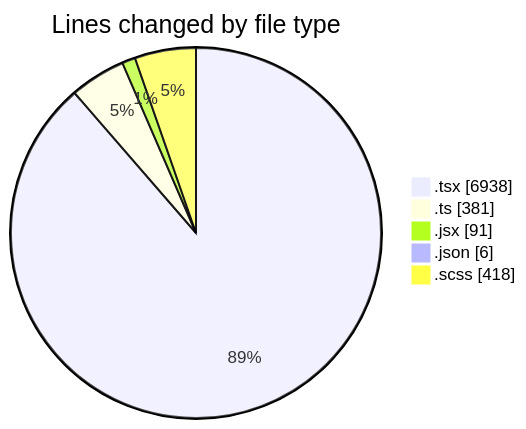
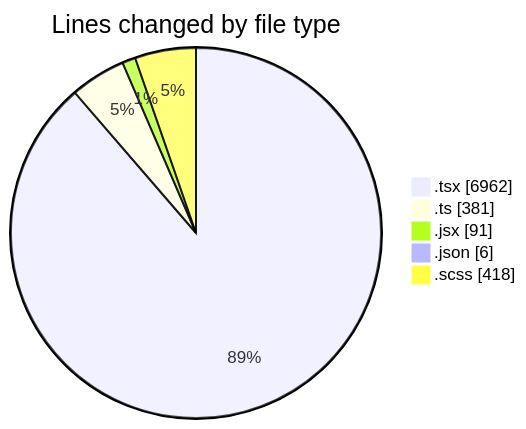
Before and after one commit to momahboobian/code-tracking: the first of 2 diagrams in 2026-04-27/cda/README.md, drawn with Mermaid. The commit also changed other lines of this file and 1 other file, not shown here.

````diff
--- a/2026-04-27/cda/README.md
+++ b/2026-04-27/cda/README.md
@@ -45,9 +45,9 @@
 ```mermaid
 pie showData
 title Lines changed by file type
-".tsx" : 6938
+".tsx" : 6962
 ".ts" : 381
 ".jsx" : 91
 ".json" : 6
 ".scss" : 418
 ```
````
